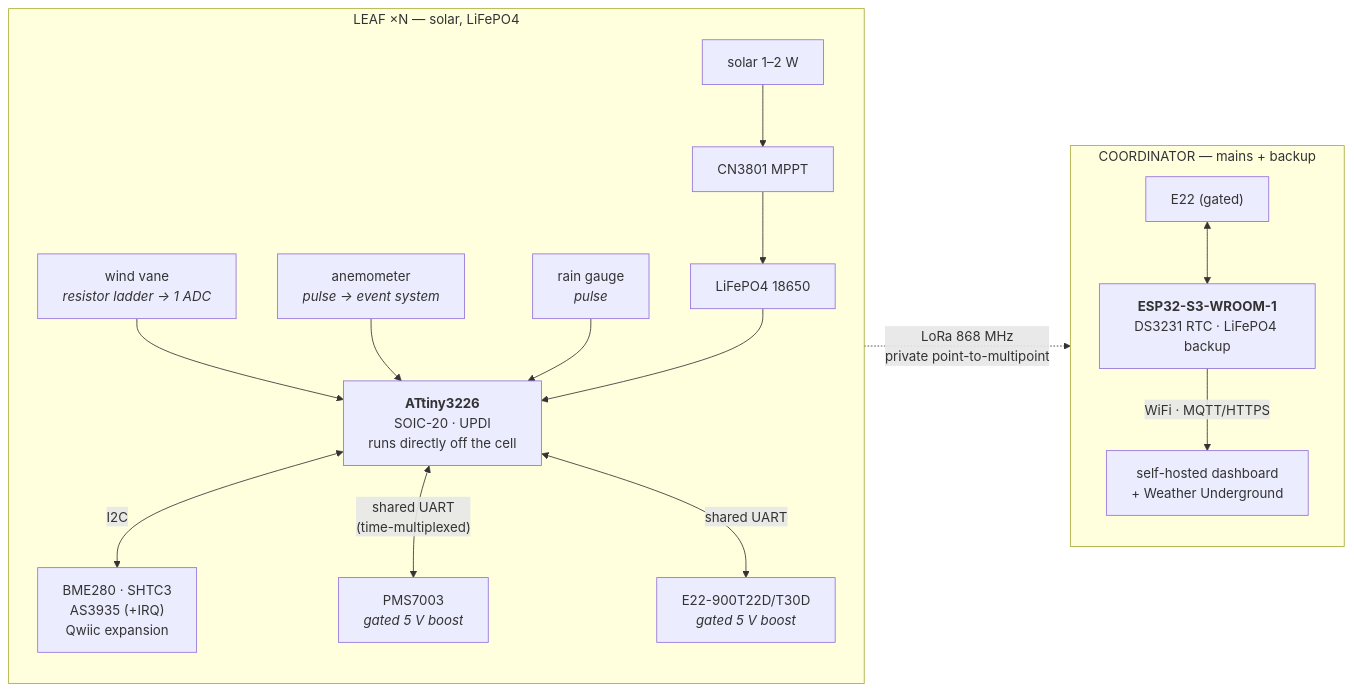
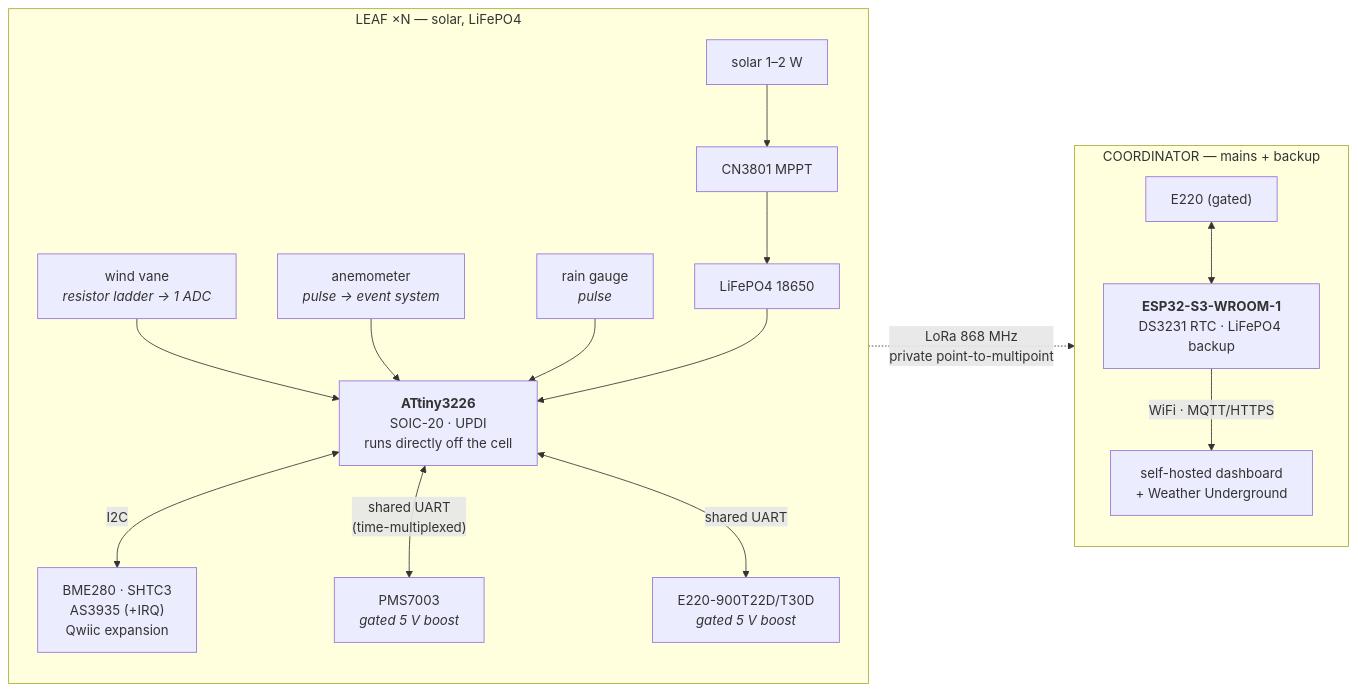
One commit to m-anish/forsyth changed the first of 2 diagrams in hardware/architecture.md. Above: the diagram before and after it, drawn with Mermaid. The commit also changed other lines of this file and 3 other files, not shown here.

````diff
--- a/hardware/architecture.md
+++ b/hardware/architecture.md
@@ -21,20 +21,20 @@
 ```mermaid
 flowchart LR
     subgraph LEAF["LEAF ×N — solar, LiFePO4"]
         direction TB
         VANE["wind vane<br/><i>resistor ladder → 1 ADC</i>"] --> MCU
         ANEMO["anemometer<br/><i>pulse → event system</i>"] --> MCU
         RAIN["rain gauge<br/><i>pulse</i>"] --> MCU
         MCU["<b>ATtiny3226</b><br/>SOIC-20 · UPDI<br/>runs directly off the cell"]
         MCU <-->|I2C| ENV["BME280 · SHTC3<br/>AS3935 (+IRQ)<br/>Qwiic expansion"]
         MCU <-->|"shared UART<br/>(time-multiplexed)"| PMS["PMS7003<br/><i>gated 5 V boost</i>"]
-        MCU <-->|"shared UART"| E22L["E22-900T22D/T30D<br/><i>gated 5 V boost</i>"]
+        MCU <-->|"shared UART"| E22L["E220-900T22D/T30D<br/><i>gated 5 V boost</i>"]
         SOLAR["solar 1–2 W"] --> CN["CN3801 MPPT"] --> BATT["LiFePO4 18650"] --> MCU
     end
     E22L -.->|"LoRa 868 MHz<br/>private point-to-multipoint"| E22C
     subgraph COORD["COORDINATOR — mains + backup"]
         direction TB
-        E22C["E22 (gated)"] <--> ESP["<b>ESP32-S3-WROOM-1</b><br/>DS3231 RTC · LiFePO4 backup"]
+        E22C["E220 (gated)"] <--> ESP["<b>ESP32-S3-WROOM-1</b><br/>DS3231 RTC · LiFePO4 backup"]
         ESP -->|"WiFi · MQTT/HTTPS"| CLOUD["self-hosted dashboard<br/>+ Weather Underground"]
     end
 ```
````
